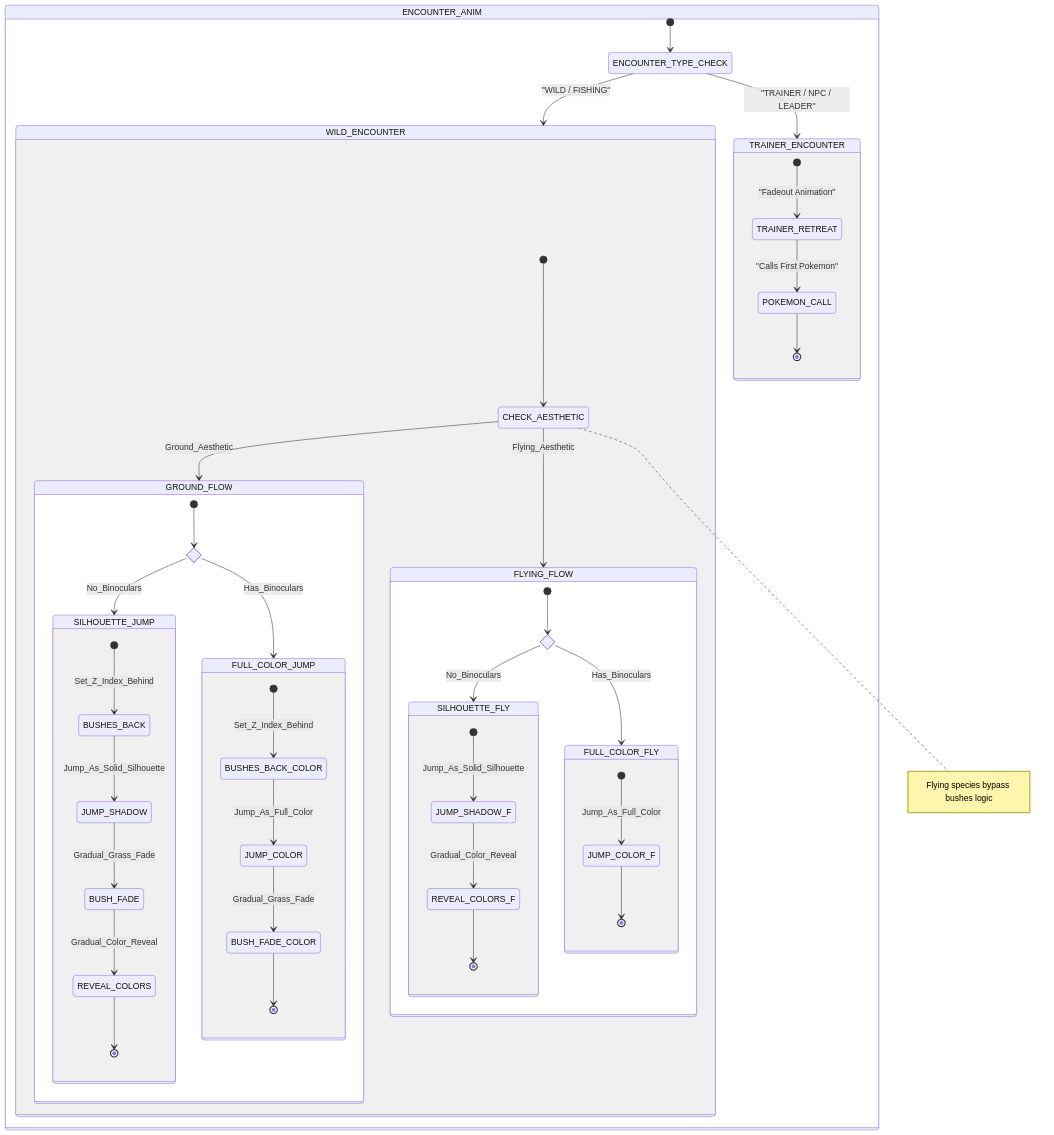
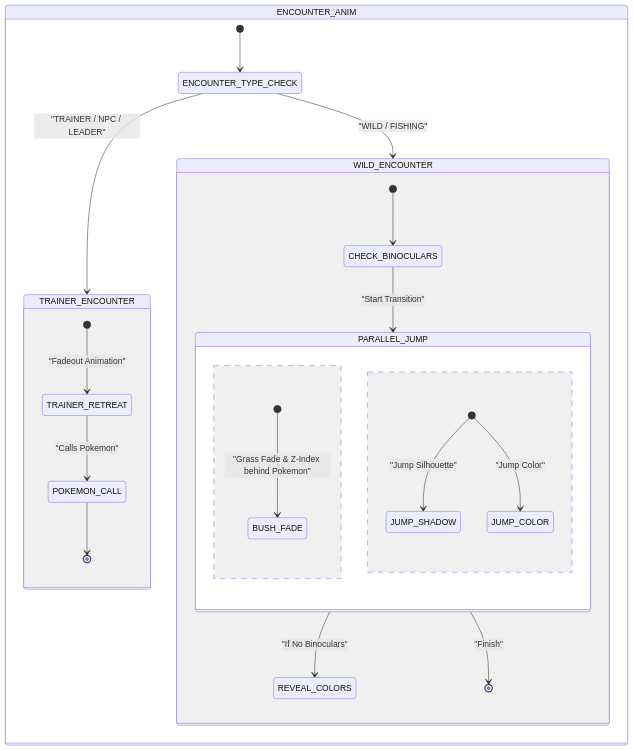
One commit to Darkham77/PokeBorrador changed diagram 17 of 18 in .agents/skills/project-standards/references/battle/battle_mechanics_manual.md. Above: the diagram before and after it, drawn with Mermaid. The commit also changed other lines of this file and 30 other files, not shown here.

First line of the commit message:
fix(battle): stabilize first encounter visibility and combatant seat synchronization

````diff
--- a/.agents/skills/project-standards/references/battle/battle_mechanics_manual.md
+++ b/.agents/skills/project-standards/references/battle/battle_mechanics_manual.md
@@ -882,66 +798,33 @@
 ```mermaid
 stateDiagram-v2
     state ENCOUNTER_ANIM {
         [*] --> ENCOUNTER_TYPE_CHECK
         state ENCOUNTER_TYPE_CHECK <<choice>>
         
+        ENCOUNTER_TYPE_CHECK --> TRAINER_ENCOUNTER: "TRAINER / NPC / LEADER"
         ENCOUNTER_TYPE_CHECK --> WILD_ENCOUNTER: "WILD / FISHING"
-        ENCOUNTER_TYPE_CHECK --> TRAINER_ENCOUNTER: "TRAINER / NPC / LEADER"
-        
+
         state TRAINER_ENCOUNTER {
             [*] --> TRAINER_RETREAT: "Fadeout Animation"
-            TRAINER_RETREAT --> POKEMON_CALL: "Calls First Pokemon"
+            TRAINER_RETREAT --> POKEMON_CALL: "Calls Pokemon"
             POKEMON_CALL --> [*]
         }
-        
+
         state WILD_ENCOUNTER {
-            [*] --> CHECK_AESTHETIC
-            state CHECK_AESTHETIC <<choice>>
+            [*] --> CHECK_BINOCULARS
+            state CHECK_BINOCULARS <<choice>>
             
-            CHECK_AESTHETIC --> GROUND_FLOW: Ground_Aesthetic
-            CHECK_AESTHETIC --> FLYING_FLOW: Flying_Aesthetic
-            
-            state GROUND_FLOW {
-                state G_BINOCULARS <<choice>>
-                [*] --> G_BINOCULARS
-                G_BINOCULARS --> SILHOUETTE_JUMP: No_Binoculars
-                G_BINOCULARS --> FULL_COLOR_JUMP: Has_Binoculars
-                
-                state SILHOUETTE_JUMP {
-                    [*] --> BUSHES_BACK: Set_Z_Index_Behind
-                    BUSHES_BACK --> JUMP_SHADOW: Jump_As_Solid_Silhouette
-                    JUMP_SHADOW --> BUSH_FADE: Gradual_Grass_Fade
-                    BUSH_FADE --> REVEAL_COLORS: Gradual_Color_Reveal
-                    REVEAL_COLORS --> [*]
-                }
-                
-                state FULL_COLOR_JUMP {
-                    [*] --> BUSHES_BACK_COLOR: Set_Z_Index_Behind
-                    BUSHES_BACK_COLOR --> JUMP_COLOR: Jump_As_Full_Color
-                    JUMP_COLOR --> BUSH_FADE_COLOR: Gradual_Grass_Fade
-                    BUSH_FADE_COLOR --> [*]
-                }
+            CHECK_BINOCULARS --> PARALLEL_JUMP: "Start Transition"
+
+            state PARALLEL_JUMP {
+                [*] --> BUSH_FADE: "Grass Fade & Z-Index behind Pokemon"
+                --
+                [*] --> JUMP_SHADOW: "Jump Silhouette"
+                [*] --> JUMP_COLOR: "Jump Color"
             }
             
-            state FLYING_FLOW {
-                state F_BINOCULARS <<choice>>
-                [*] --> F_BINOCULARS
-                F_BINOCULARS --> SILHOUETTE_FLY: No_Binoculars
-                F_BINOCULARS --> FULL_COLOR_FLY: Has_Binoculars
-                
-                state SILHOUETTE_FLY {
-                    [*] --> JUMP_SHADOW_F: Jump_As_Solid_Silhouette
-                    JUMP_SHADOW_F --> REVEAL_COLORS_F: Gradual_Color_Reveal
-                    REVEAL_COLORS_F --> [*]
-                }
-                
-                state FULL_COLOR_FLY {
-                    [*] --> JUMP_COLOR_F: Jump_As_Full_Color
-                    JUMP_COLOR_F --> [*]
-                }
-            }
-            
-            note right of CHECK_AESTHETIC: Flying species bypass bushes logic
+            PARALLEL_JUMP --> REVEAL_COLORS: "If No Binoculars"
+            PARALLEL_JUMP --> [*]: "Finish"
         }
     }
 ```
````
